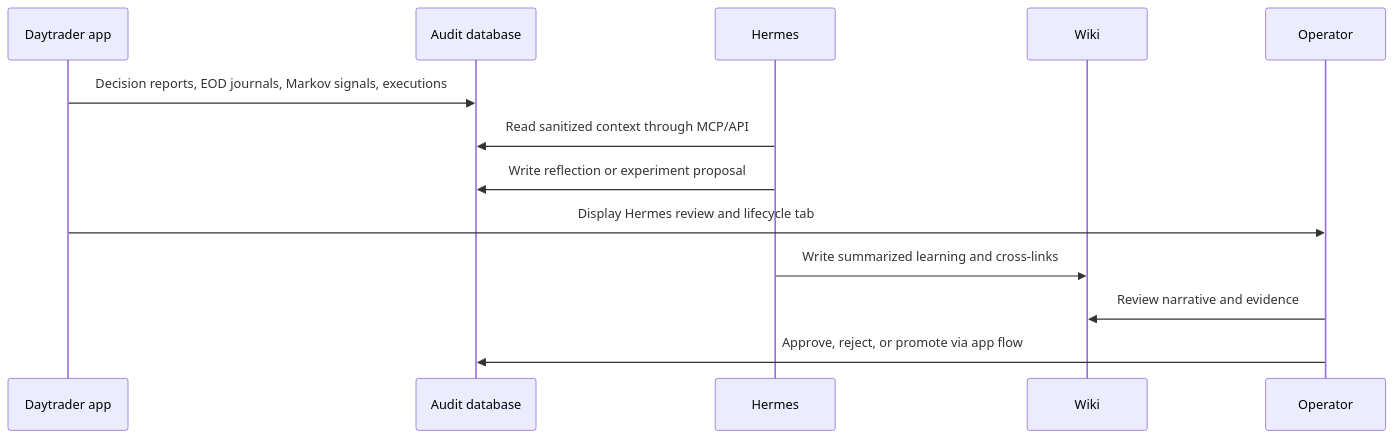
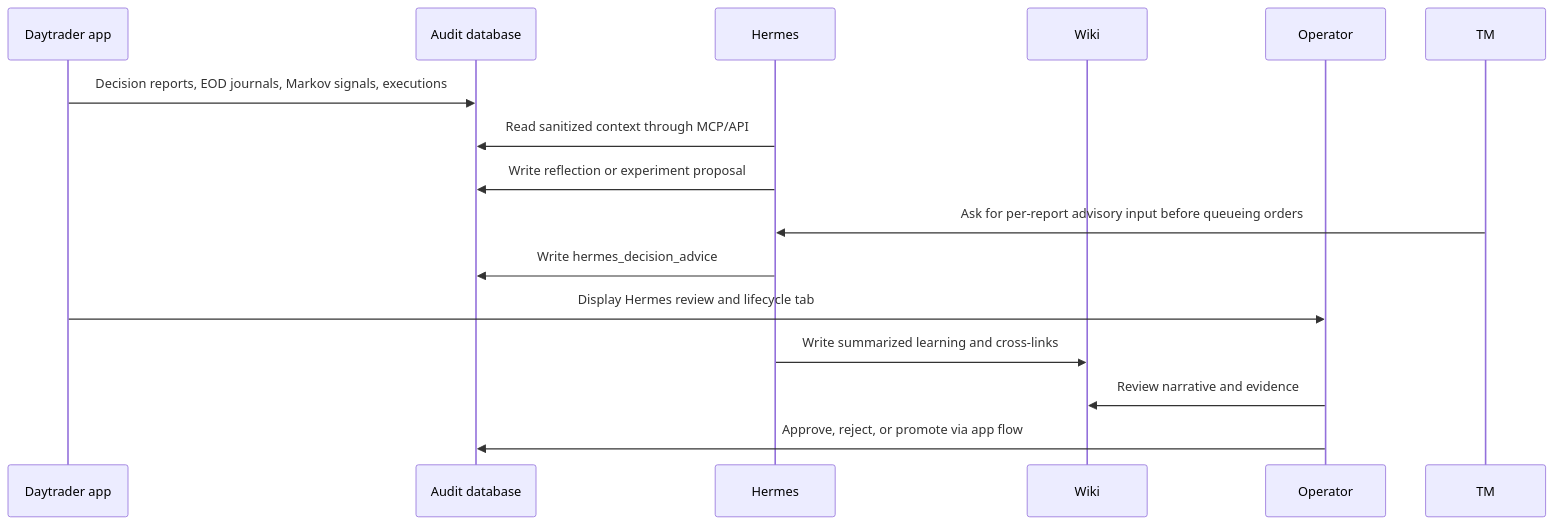
One commit to simonellefsen/saxo-daytrader-rust changed the diagram in wiki/concepts/hermes-self-improvement.md. Above: the diagram before and after it, drawn with Mermaid. The commit also changed other lines of this file and 12 other files, not shown here.

Commit message:
feat: add Hermes trading manager advice

````diff
--- a/wiki/concepts/hermes-self-improvement.md
+++ b/wiki/concepts/hermes-self-improvement.md
@@ -19,16 +19,18 @@
 ```mermaid
 sequenceDiagram
   participant D as Daytrader app
   participant DB as Audit database
   participant H as Hermes
   participant W as Wiki
   participant U as Operator
 
   D->>DB: Decision reports, EOD journals, Markov signals, executions
   H->>DB: Read sanitized context through MCP/API
   H->>DB: Write reflection or experiment proposal
+  TM->>H: Ask for per-report advisory input before queueing orders
+  H->>DB: Write hermes_decision_advice
   D->>U: Display Hermes review and lifecycle tab
   H->>W: Write summarized learning and cross-links
   U->>W: Review narrative and evidence
   U->>DB: Approve, reject, or promote via app flow
 ```
````
